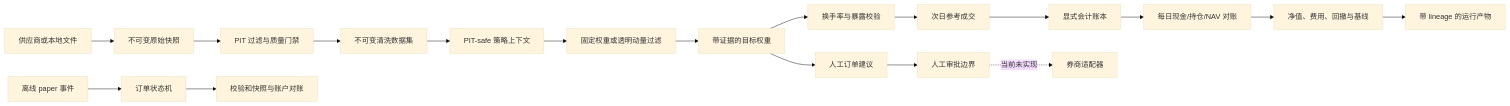
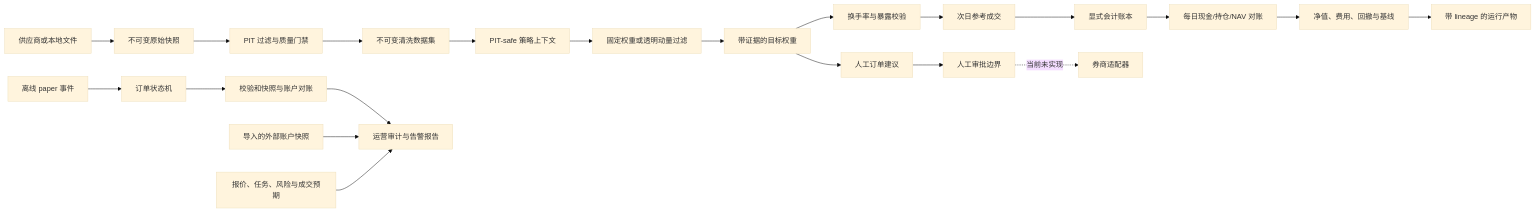
One commit to abietic/lets-quant changed the diagram in docs/ARCHITECTURE.md. Above: the diagram before and after it, drawn with Mermaid (base theme). The commit also changed other lines of this file and 14 other files, not shown here.

````diff
--- a/docs/ARCHITECTURE.md
+++ b/docs/ARCHITECTURE.md
@@ -16,22 +16,25 @@
 ```mermaid
 flowchart LR
     A["供应商或本地文件"] --> B["不可变原始快照"]
     B --> C["PIT 过滤与质量门禁"]
     C --> D["不可变清洗数据集"]
     D --> E["PIT-safe 策略上下文"]
     E --> E2["固定权重或透明动量过滤"]
     E2 --> F["带证据的目标权重"]
     F --> G["换手率与暴露校验"]
     G --> H["次日参考成交"]
     H --> A1["显式会计账本"]
     A1 --> A2["每日现金/持仓/NAV 对账"]
     A2 --> I["净值、费用、回撤与基线"]
     I --> J["带 lineage 的运行产物"]
 
     F --> K["人工订单建议"]
     K --> L["人工审批边界"]
     L -. "当前未实现" .-> M["券商适配器"]
 
     N["离线 paper 事件"] --> O["订单状态机"]
     O --> P["校验和快照与账户对账"]
+    P --> Q["运营审计与告警报告"]
+    R["导入的外部账户快照"] --> Q
+    S["报价、任务、风险与成交预期"] --> Q
 ```
````
